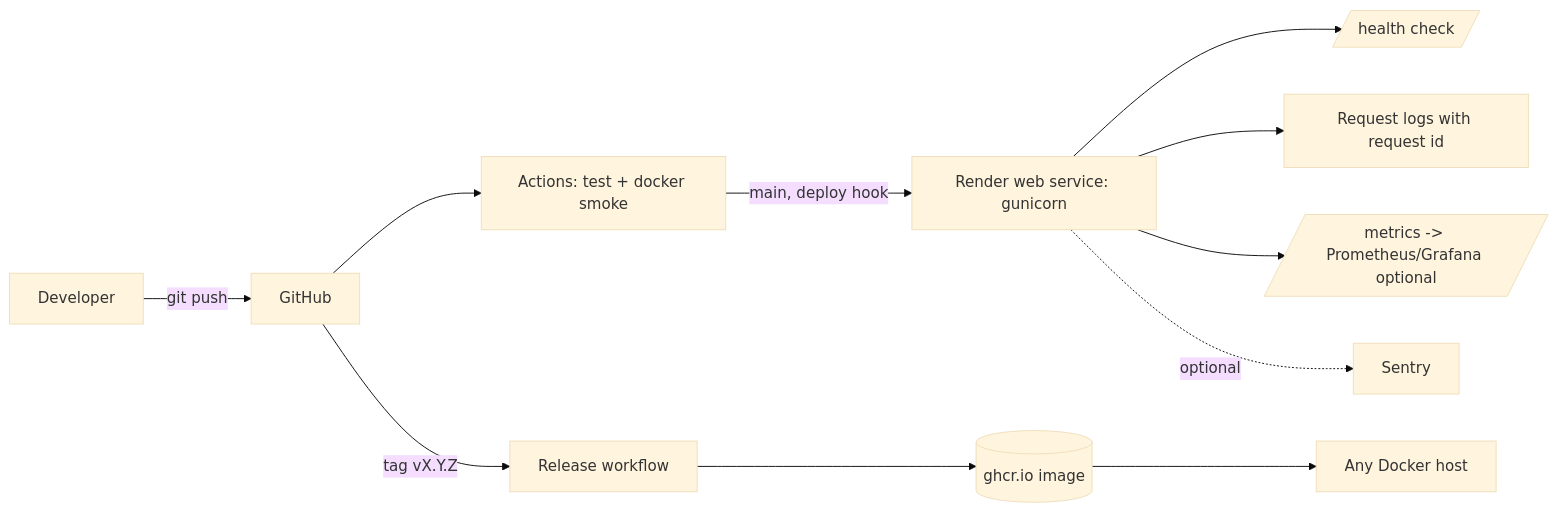
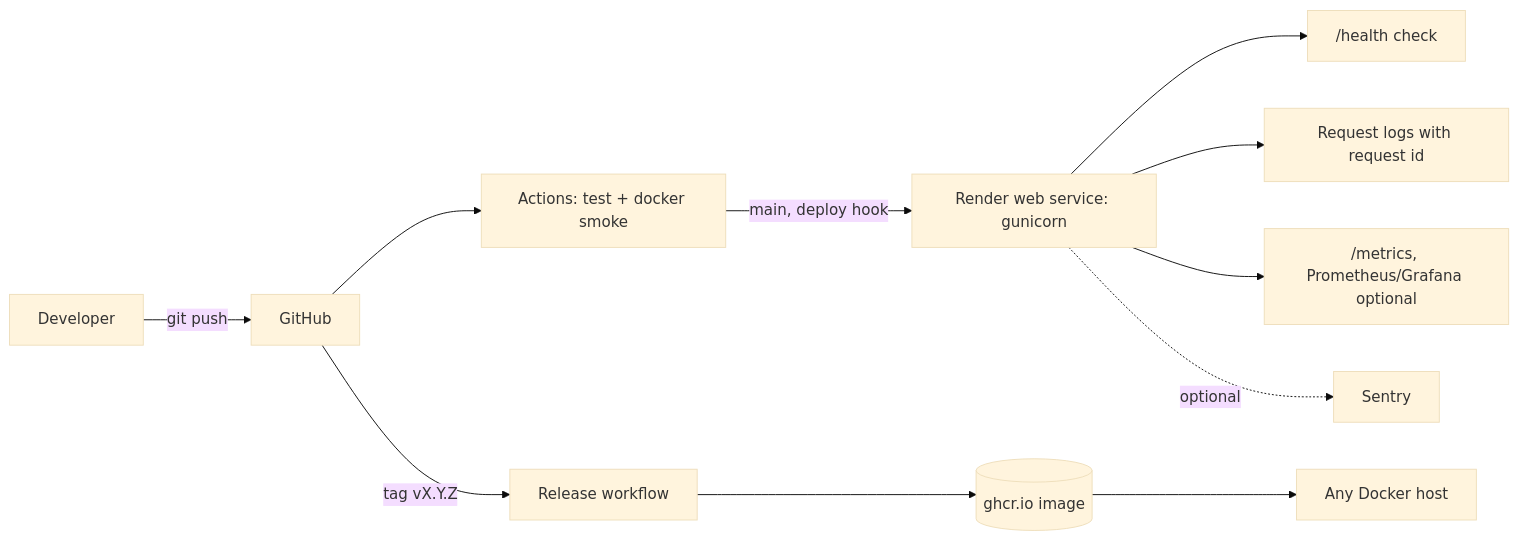
The seventh of 7 diagrams in docs/DESIGN.md (MeghaScripts/ResearchLens_AI), drawn with Mermaid (base theme) before and after one commit. The commit also changed 3 other files, not shown here.

Commit message:
Fix Mermaid diagrams in docs

````diff
--- a/docs/DESIGN.md
+++ b/docs/DESIGN.md
@@ -171,11 +171,11 @@
 ```mermaid
 flowchart LR
   DEV[Developer] -->|git push| GH[GitHub]
   GH --> CI[Actions: test + docker smoke]
   CI -->|main, deploy hook| R[Render web service: gunicorn]
   GH -->|tag vX.Y.Z| REL[Release workflow] --> GHCR[(ghcr.io image)] --> ANY[Any Docker host]
-  R --> HC[/health check/]
+  R --> HC["/health check"]
   R --> LOGS[Request logs with request id]
-  R --> MET[/metrics -> Prometheus/Grafana optional/]
+  R --> MET["/metrics, Prometheus/Grafana optional"]
   R -.optional.-> SEN[Sentry]
 ```
````
